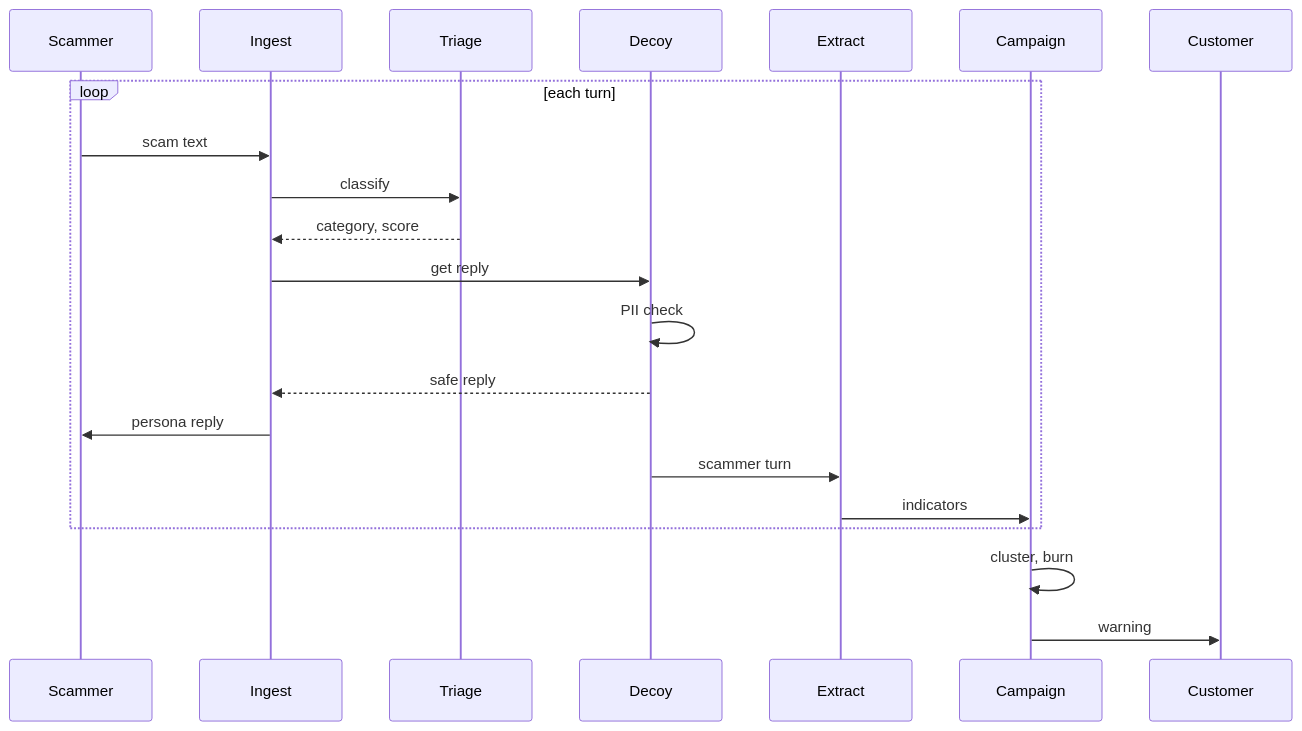
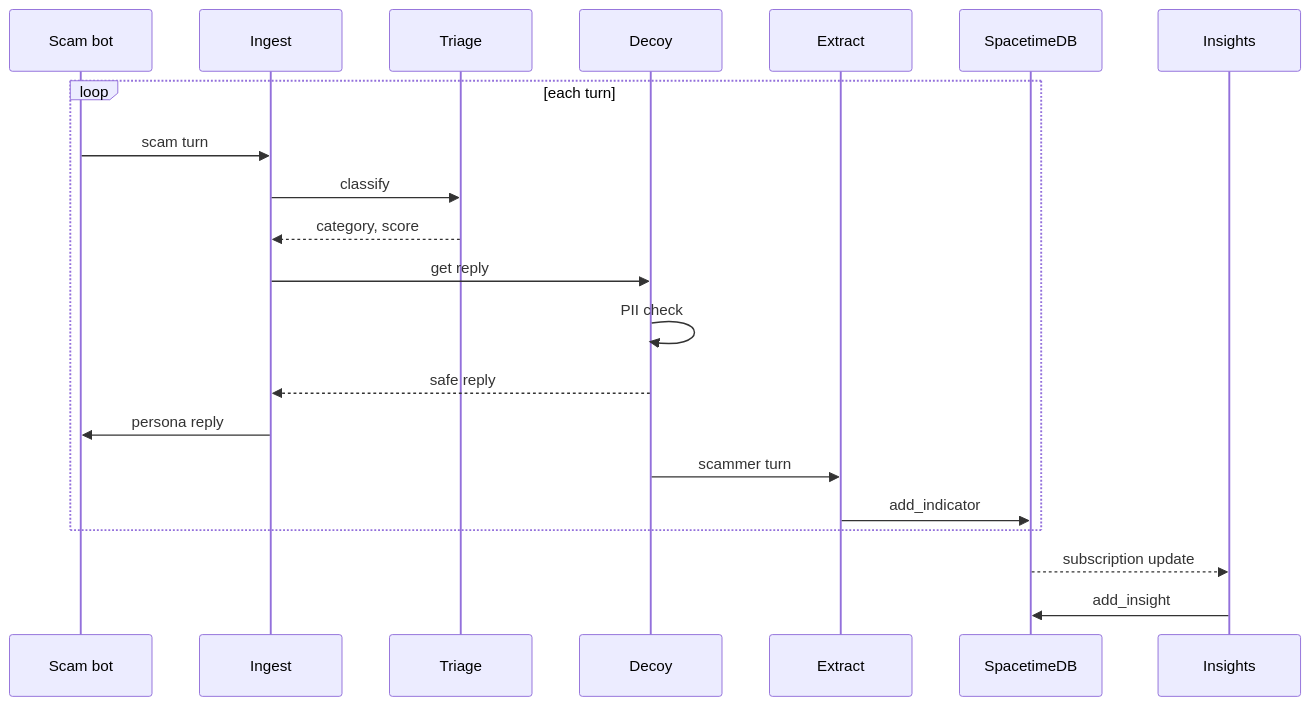
The second of 2 diagrams in docs/ARCHITECTURE.md (AbdullahMoghal/Talon), drawn with Mermaid before and after one commit. The commit also changed other lines of this file, not shown here.

Commit message:
Update architecture to SpacetimeDB, scam simulator and insight worker

````diff
--- a/docs/ARCHITECTURE.md
+++ b/docs/ARCHITECTURE.md
@@ -59,23 +66,23 @@
 ```mermaid
 sequenceDiagram
-    participant Scammer
+    participant Bot as Scam bot
     participant Ingest
     participant Triage
     participant Decoy
     participant Extract
-    participant Campaign
-    participant Customer
+    participant STDB as SpacetimeDB
+    participant Insights
     loop each turn
-        Scammer->>Ingest: scam text
+        Bot->>Ingest: scam turn
         Ingest->>Triage: classify
         Triage-->>Ingest: category, score
         Ingest->>Decoy: get reply
         Decoy->>Decoy: PII check
         Decoy-->>Ingest: safe reply
-        Ingest->>Scammer: persona reply
+        Ingest->>Bot: persona reply
         Decoy->>Extract: scammer turn
-        Extract->>Campaign: indicators
+        Extract->>STDB: add_indicator
     end
-    Campaign->>Campaign: cluster, burn
-    Campaign->>Customer: warning
+    STDB-->>Insights: subscription update
+    Insights->>STDB: add_insight
 ```
````
